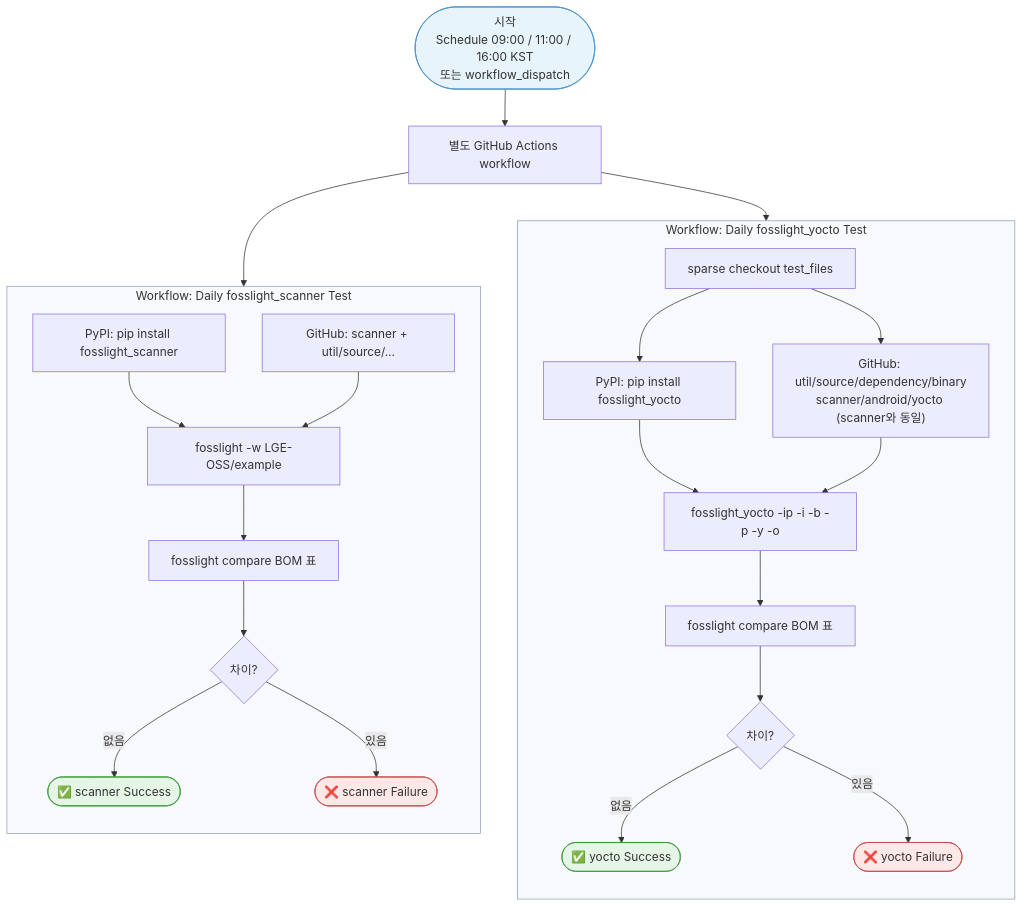
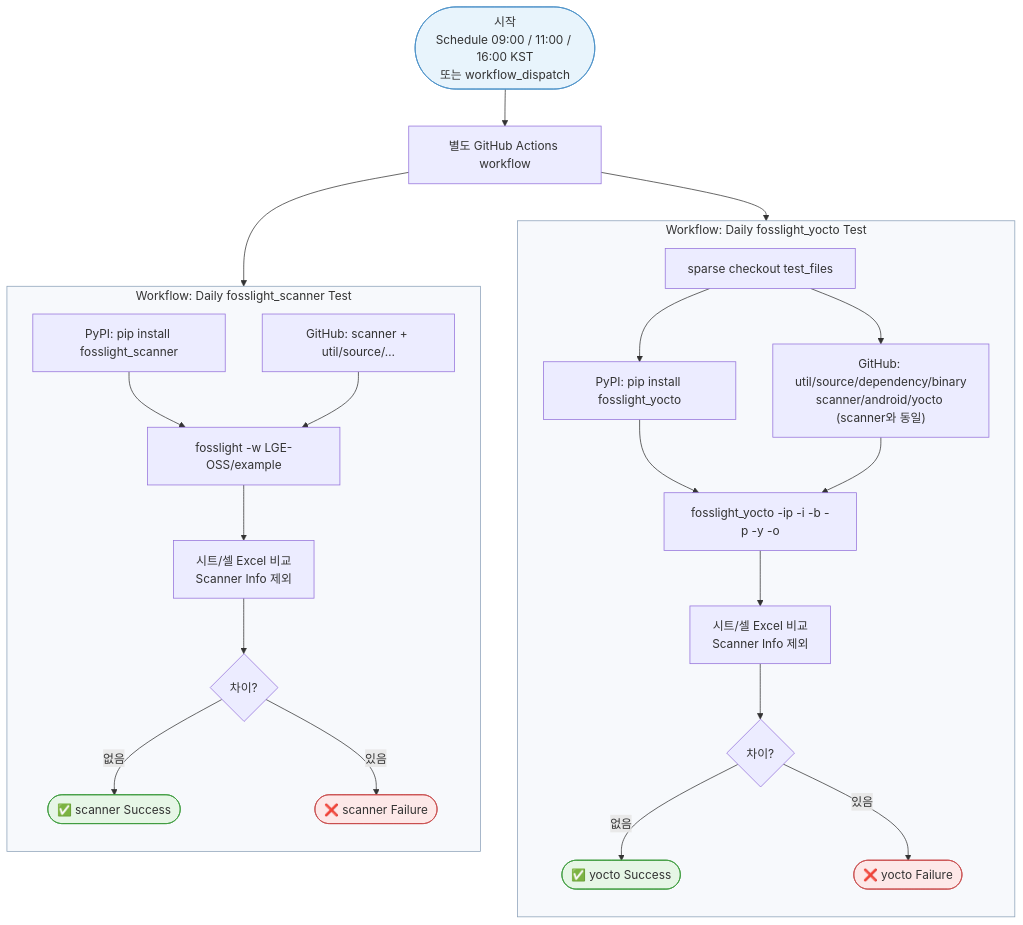
Before and after one commit to fosslight/fosslight_scanner_test: the first of 3 diagrams in docs/flowchart.md, drawn with Mermaid. The commit also changed other lines of this file and 5 other files, not shown here.

First line of the commit message:
Switch scanner/yocto Excel checks to sheet-level cell compare.

````diff
--- a/docs/flowchart.md
+++ b/docs/flowchart.md
@@ -7,48 +7,48 @@
 ```mermaid
 flowchart TD
     Start([시작<br/>Schedule 09:00 / 11:00 / 16:00 KST<br/>또는 workflow_dispatch]) --> Split
 
     Split[별도 GitHub Actions workflow]
 
     Split --> T1
     Split --> T2
 
     subgraph T1["Workflow: Daily fosslight_scanner Test"]
         direction TB
         S1["PyPI: pip install fosslight_scanner"]
         S2["GitHub: scanner + util/source/…"]
         S3["fosslight -w LGE-OSS/example"]
-        S4["fosslight compare BOM 표"]
+        S4["시트/셀 Excel 비교<br/>Scanner Info 제외"]
         S1 --> S3
         S2 --> S3
         S3 --> S4
         S4 --> SR{차이?}
         SR -->|없음| SPass([✅ scanner Success])
         SR -->|있음| SFail([❌ scanner Failure])
     end
 
     subgraph T2["Workflow: Daily fosslight_yocto Test"]
         direction TB
         Y0[sparse checkout test_files]
         Y1["PyPI: pip install fosslight_yocto"]
         Y2["GitHub: util/source/dependency/binary<br/>scanner/android/yocto (scanner와 동일)"]
         Y3["fosslight_yocto -ip -i -b -p -y -o"]
-        Y4["fosslight compare BOM 표"]
+        Y4["시트/셀 Excel 비교<br/>Scanner Info 제외"]
         Y0 --> Y1
         Y0 --> Y2
         Y1 --> Y3
         Y2 --> Y3
         Y3 --> Y4
         Y4 --> YR{차이?}
         YR -->|없음| YPass([✅ yocto Success])
         YR -->|있음| YFail([❌ yocto Failure])
     end
 
     style Start fill:#e8f4fc,stroke:#4a90c8
     style SPass fill:#e6f6e6,stroke:#3a9a3a
     style YPass fill:#e6f6e6,stroke:#3a9a3a
     style SFail fill:#fde8e8,stroke:#c84a4a
     style YFail fill:#fde8e8,stroke:#c84a4a
     style T1 fill:#f7f9fc,stroke:#8aa0b8
     style T2 fill:#f7f9fc,stroke:#8aa0b8
 ```
````
